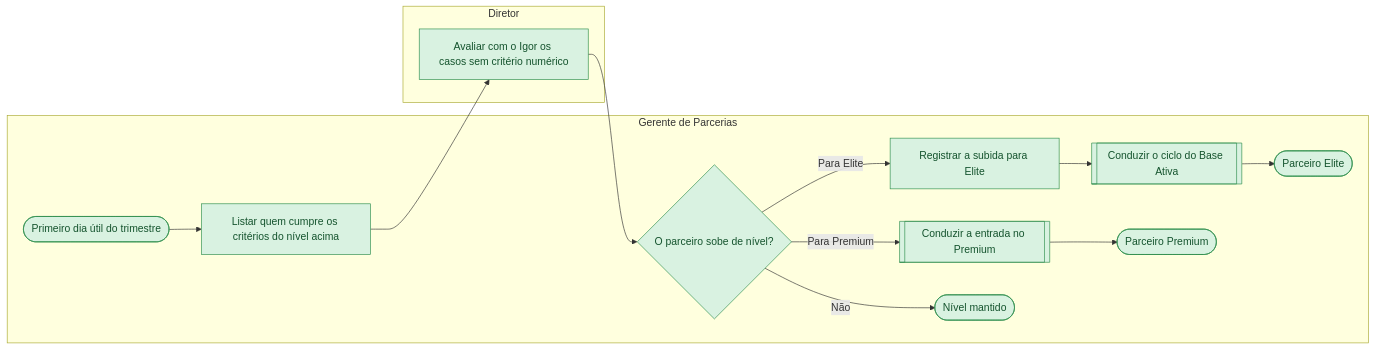
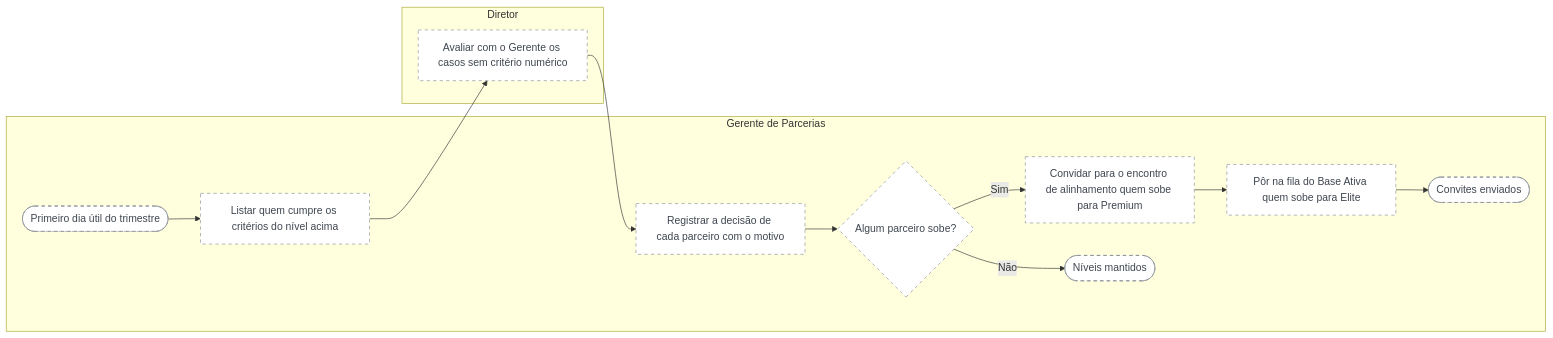
The diagram in mapeamentos/wise-partners-to-be/saidas/mermaid/fluxo-3-4-revisar-o-nivel-dos-parceiros.mmd (Guilherme-MFaccin/Wise-Partners), drawn with Mermaid before and after one commit. The commit also changed 278 other files, not shown here.

First line of the commit message:
Mapeamento to-be v9: revisão crítica dos processos pelo método e FO-14 com a explicação de cada decisão

```diff
--- a/mapeamentos/wise-partners-to-be/saidas/mermaid/fluxo-3-4-revisar-o-nivel-dos-parceiros.mmd
+++ b/mapeamentos/wise-partners-to-be/saidas/mermaid/fluxo-3-4-revisar-o-nivel-dos-parceiros.mmd
@@ -1,28 +1,26 @@
 flowchart LR
     classDef confirmado fill:#D9F2E1,stroke:#2F8F4E,color:#14532D
     classDef declarado fill:#FFF3C4,stroke:#B8860B,color:#5C4300
     classDef hipotese fill:#FFFFFF,stroke:#8A9099,color:#3F4650,stroke-dasharray: 5 5
     classDef contestado fill:#FDE2E1,stroke:#C53030,color:#7F1D1D
     subgraph raia_PA_01 ["Gerente de Parcerias"]
-      n_i1(["Primeiro dia útil do trimestre"]):::confirmado
-      n_t1["Listar quem cumpre os critérios do nível acima"]:::confirmado
-      n_g1{"O parceiro sobe de nível?"}:::confirmado
-      n_s1[["Conduzir a entrada no Premium"]]:::confirmado
-      n_t3["Registrar a subida para Elite"]:::confirmado
-      n_s2[["Conduzir o ciclo do Base Ativa"]]:::confirmado
-      n_f1(["Nível mantido"]):::confirmado
-      n_f2(["Parceiro Premium"]):::confirmado
-      n_f3(["Parceiro Elite"]):::confirmado
+      n_i1(["Primeiro dia útil do trimestre"]):::hipotese
+      n_t1["Listar quem cumpre os critérios do nível acima"]:::hipotese
+      n_t3["Registrar a decisão de cada parceiro com o motivo"]:::hipotese
+      n_g1{"Algum parceiro sobe?"}:::hipotese
+      n_t4["Convidar para o encontro de alinhamento quem sobe para Premium"]:::hipotese
+      n_t5["Pôr na fila do Base Ativa quem sobe para Elite"]:::hipotese
+      n_f1(["Níveis mantidos"]):::hipotese
+      n_f2(["Convites enviados"]):::hipotese
     end
     subgraph raia_PA_02 ["Diretor"]
-      n_t2["Avaliar com o Igor os casos sem critério numérico"]:::confirmado
+      n_t2["Avaliar com o Gerente os casos sem critério numérico"]:::hipotese
     end
     n_i1 --> n_t1
     n_t1 --> n_t2
-    n_t2 --> n_g1
+    n_t2 --> n_t3
+    n_t3 --> n_g1
     n_g1 -->|Não| n_f1
-    n_g1 -->|Para Premium| n_s1
-    n_s1 --> n_f2
-    n_g1 -->|Para Elite| n_t3
-    n_t3 --> n_s2
-    n_s2 --> n_f3
+    n_g1 -->|Sim| n_t4
+    n_t4 --> n_t5
+    n_t5 --> n_f2
```
